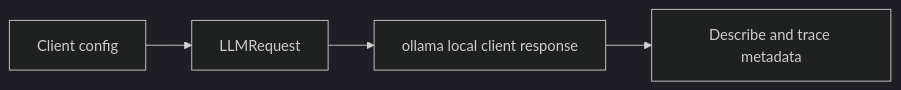
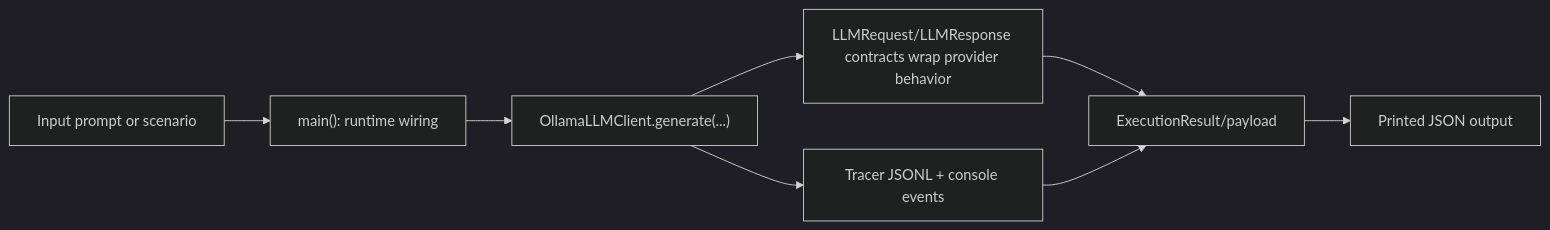
Before and after one commit to cmudrc/design-research-agents: the diagram in docs/examples/clients/ollama_local_client.rst, drawn with Mermaid (dark theme). The commit also changed other lines of this file and 83 other files, not shown here.

```diff
--- a/docs/examples/clients/ollama_local_client.rst
+++ b/docs/examples/clients/ollama_local_client.rst
@@ -21,6 +22,10 @@
 .. mermaid::
 
    flowchart LR
-       A["Client config"] --> B["LLMRequest"]
-       B --> C["ollama local client response"]
-       C --> D["Describe and trace metadata"]
+       A["Input prompt or scenario"] --> B["main(): runtime wiring"]
+       B --> C["OllamaLLMClient.generate(...)"]
+       C --> D["LLMRequest/LLMResponse contracts wrap provider behavior"]
+       C --> E["Tracer JSONL + console events"]
+       D --> F["ExecutionResult/payload"]
+       E --> F
+       F --> G["Printed JSON output"]
```
